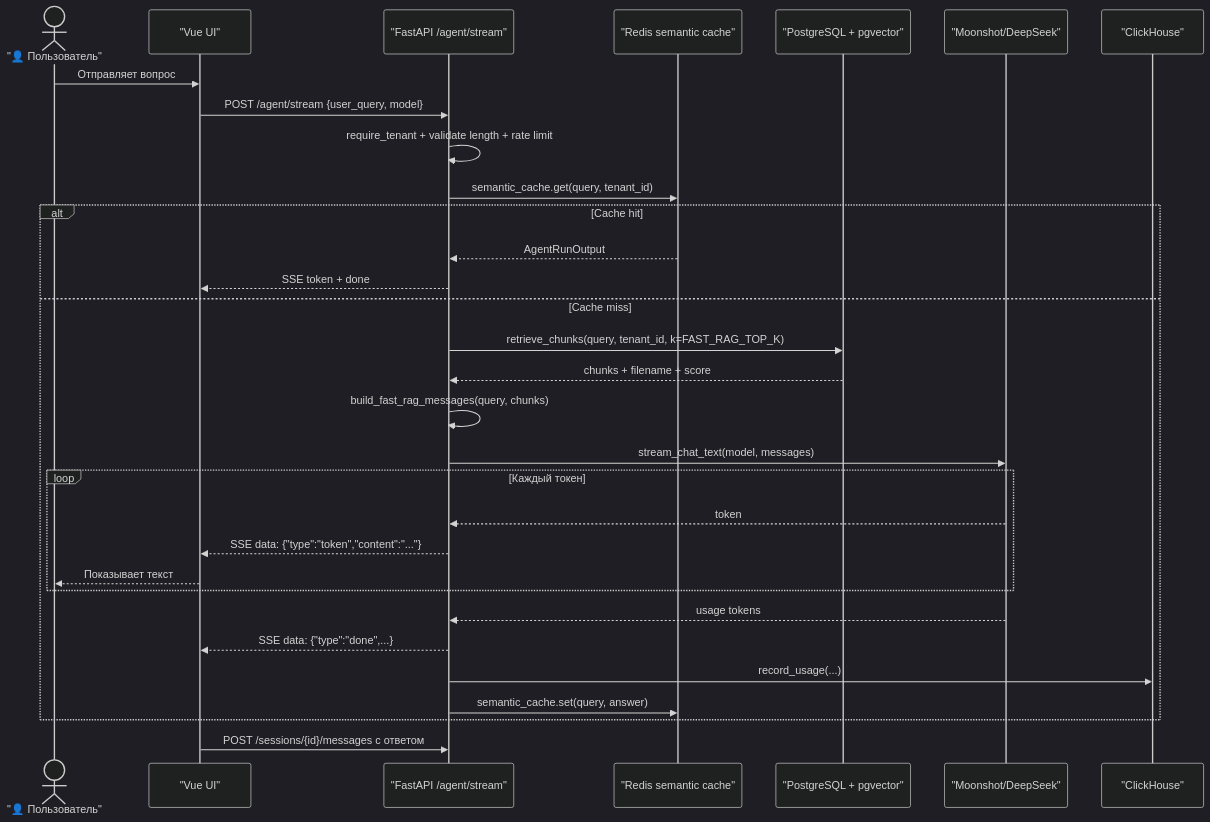
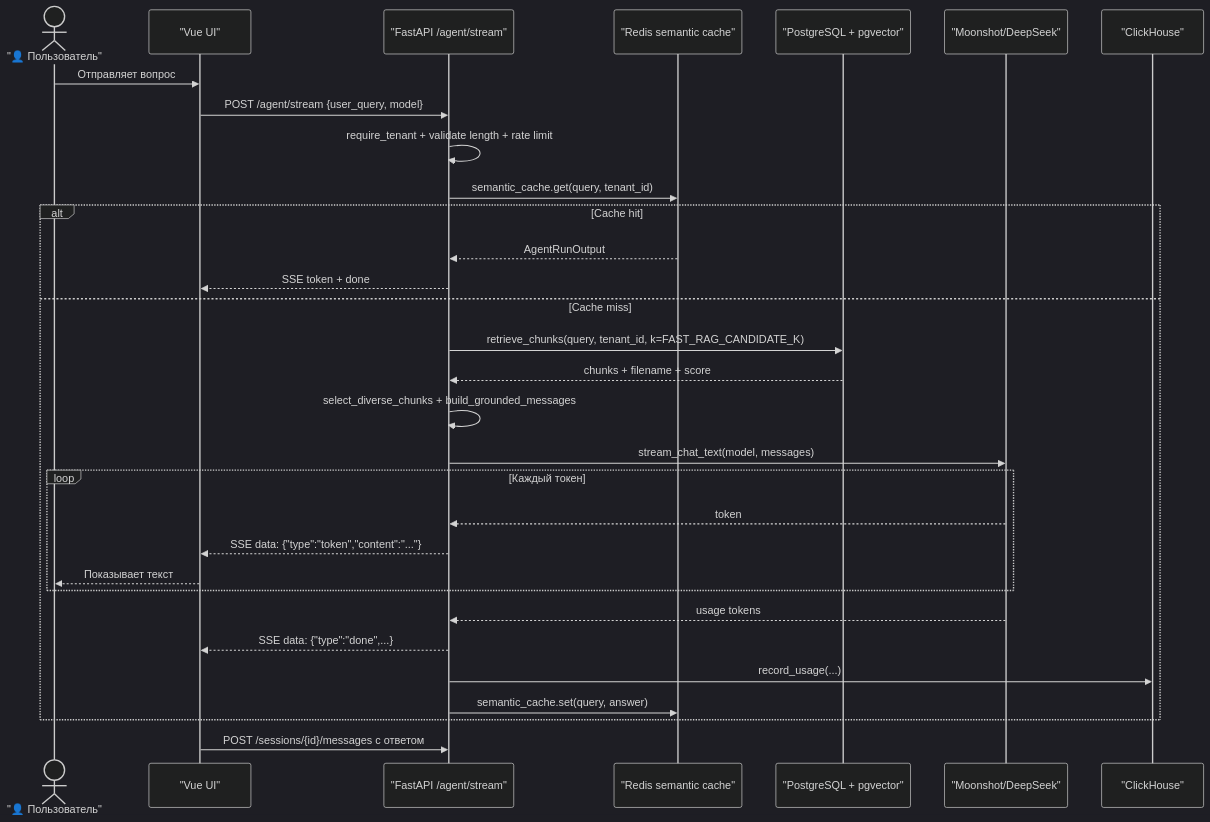
One commit to Modern-Messiah/AI-AGENT-PLATFORM- changed the sixth of 8 diagrams in PROJECT_DOCUMENTATION.md. Above: the diagram before and after it, drawn with Mermaid (dark theme). The commit also changed other lines of this file and 5 other files, not shown here.

````diff
--- a/PROJECT_DOCUMENTATION.md
+++ b/PROJECT_DOCUMENTATION.md
@@ -672,34 +690,34 @@
 ```mermaid
 sequenceDiagram
     actor User as "👤 Пользователь"
     participant UI as "Vue UI"
     participant API as "FastAPI /agent/stream"
     participant Redis as "Redis semantic cache"
     participant VDB as "PostgreSQL + pgvector"
     participant LLM as "Moonshot/DeepSeek"
     participant CH as "ClickHouse"
 
     User->>UI: Отправляет вопрос
     UI->>API: POST /agent/stream {user_query, model}
     API->>API: require_tenant + validate length + rate limit
     API->>Redis: semantic_cache.get(query, tenant_id)
     alt Cache hit
         Redis-->>API: AgentRunOutput
         API-->>UI: SSE token + done
     else Cache miss
-        API->>VDB: retrieve_chunks(query, tenant_id, k=FAST_RAG_TOP_K)
+        API->>VDB: retrieve_chunks(query, tenant_id, k=FAST_RAG_CANDIDATE_K)
         VDB-->>API: chunks + filename + score
-        API->>API: build_fast_rag_messages(query, chunks)
+        API->>API: select_diverse_chunks + build_grounded_messages
         API->>LLM: stream_chat_text(model, messages)
         loop Каждый токен
             LLM-->>API: token
             API-->>UI: SSE data: {"type":"token","content":"..."}
             UI-->>User: Показывает текст
         end
         LLM-->>API: usage tokens
         API-->>UI: SSE data: {"type":"done",...}
         API->>CH: record_usage(...)
         API->>Redis: semantic_cache.set(query, answer)
     end
     UI->>API: POST /sessions/{id}/messages с ответом
 ```
````
